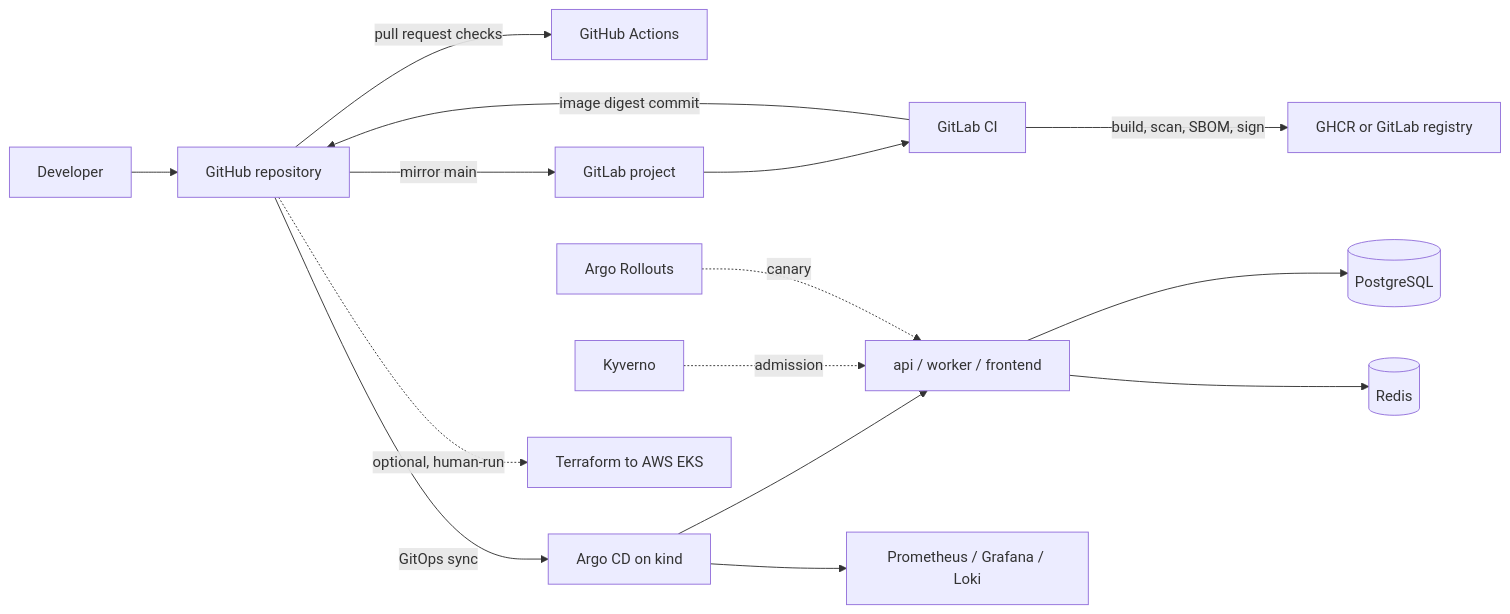
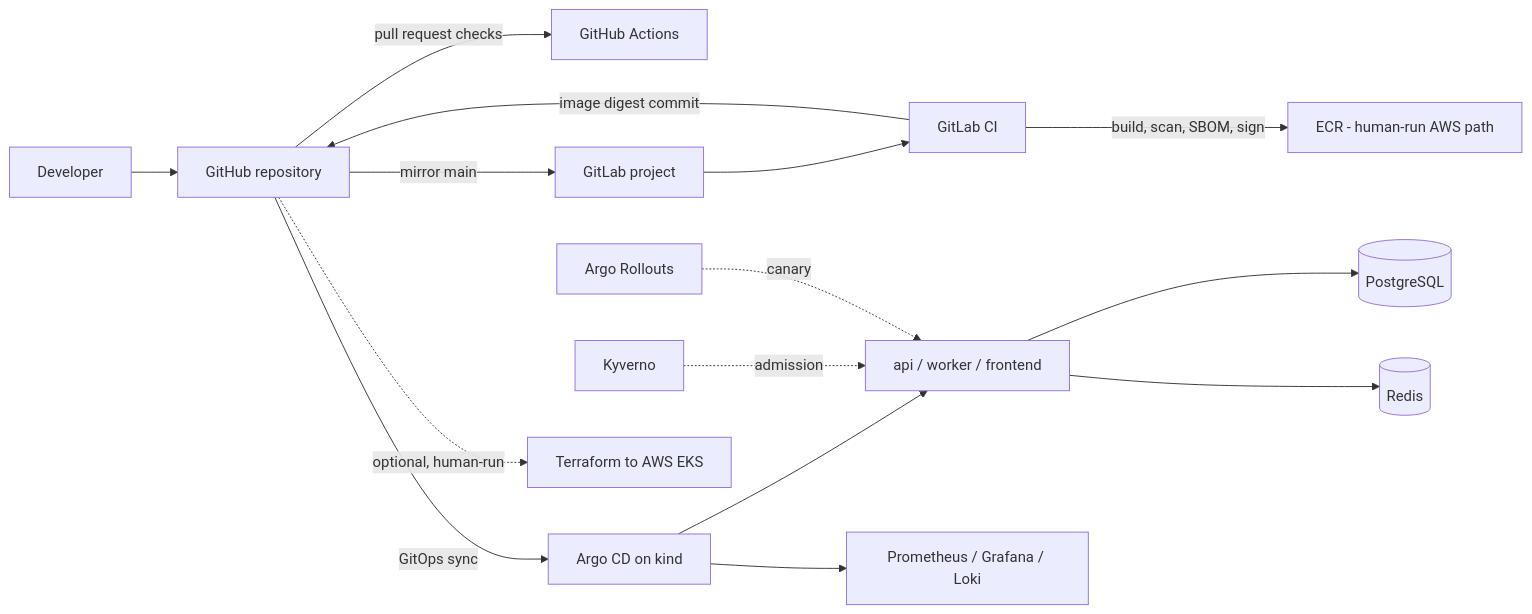
One commit to akashhh15/platformbox changed the diagram in README.md. Above: the diagram before and after it, drawn with Mermaid. The commit also changed other lines of this file and 6 other files, not shown here.

````diff
--- a/README.md
+++ b/README.md
@@ -30,17 +31,17 @@
 ```mermaid
 flowchart LR
   Dev[Developer] --> GH[GitHub repository]
   GH -->|pull request checks| GHA[GitHub Actions]
   GH -->|mirror main| GL[GitLab project]
   GL --> GLCI[GitLab CI]
-  GLCI -->|build, scan, SBOM, sign| REG[GHCR or GitLab registry]
+  GLCI -->|build, scan, SBOM, sign| REG[ECR - human-run AWS path]
   GLCI -->|image digest commit| GH
   GH -->|GitOps sync| ARGO[Argo CD on kind]
   ARGO --> APPS[api / worker / frontend]
   APPS --> PG[(PostgreSQL)]
   APPS --> REDIS[(Redis)]
   ARGO --> OBS[Prometheus / Grafana / Loki]
   KYV[Kyverno] -.->|admission| APPS
   ROLL[Argo Rollouts] -.->|canary| APPS
   GH -.->|optional, human-run| AWS[Terraform to AWS EKS]
 ```
````
